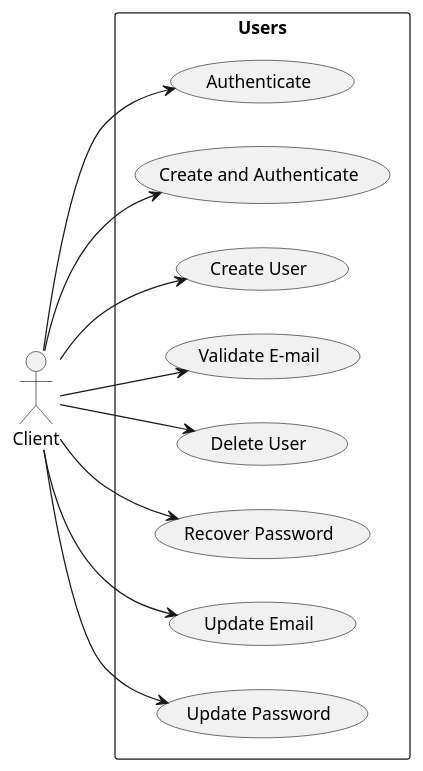
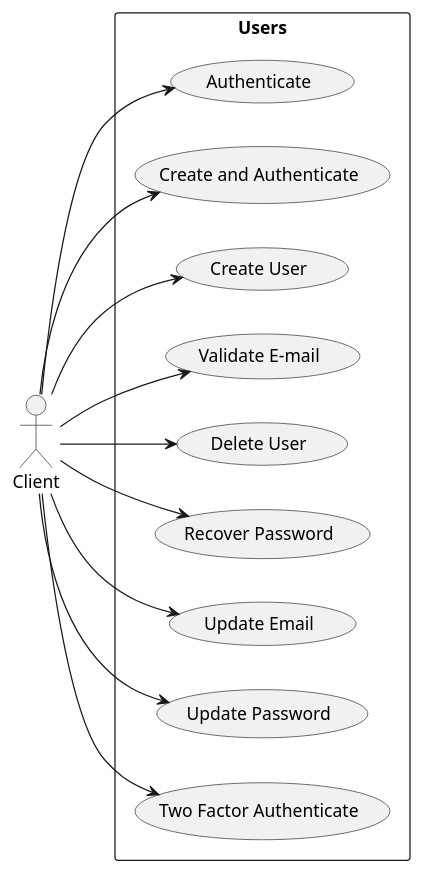
Before and after one commit to orion-services/users: the diagram in docs/usecases/UseCases.puml, drawn with PlantUML. The commit also changed 2 other files, not shown here.

```diff
--- a/docs/usecases/UseCases.puml
+++ b/docs/usecases/UseCases.puml
@@ -1,26 +1,28 @@
 @startuml
 left to right direction
 
 actor "Client" as client
 
 rectangle Users{
     usecase "Authenticate" as UC1
     usecase "Create and Authenticate" as UC2
     usecase "Create User" as UC3
     usecase "Validate E-mail" as UC4
     usecase "Delete User" as UC5
     usecase "Recover Password" as UC6
     usecase "Update Email" as UC7
     usecase "Update Password" as UC8
+    usecase "Two Factor Authenticate" as UC9
 }
 
 client -->  UC1
 client -->  UC2
 client -->  UC3
 client -->  UC4
 client -->  UC5
 client -->  UC6
 client -->  UC7
 client -->  UC8
+client -->  UC9
 
 @enduml
```
